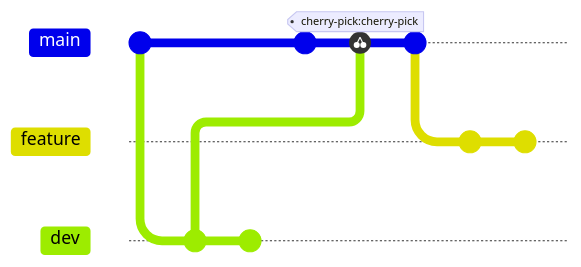
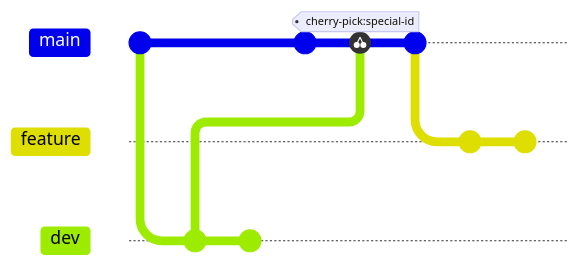
The sixth of 12 diagrams in posts/2023/s3/2023-08-03-mermaid-gitgraph.md (PasseRR/passerr.github.io), drawn with Mermaid before and after one commit. The commit also changed other lines of this file, not shown here. Commit ids are hidden.

Commit message:
mermaid typo

````diff
--- a/posts/2023/s3/2023-08-03-mermaid-gitgraph.md
+++ b/posts/2023/s3/2023-08-03-mermaid-gitgraph.md
@@ -145,16 +145,16 @@
 ```mermaid
 gitGraph
   commit
   branch dev order: 2
   checkout dev
-  commit id: "cherry-pick"
+  commit id: "special-id"
   commit
   checkout main
   commit
-  cherry-pick id: "cherry-pick"
+  cherry-pick id: "special-id"
   commit
   branch feature order: 1
   checkout feature
   commit
   commit
 ```
````
